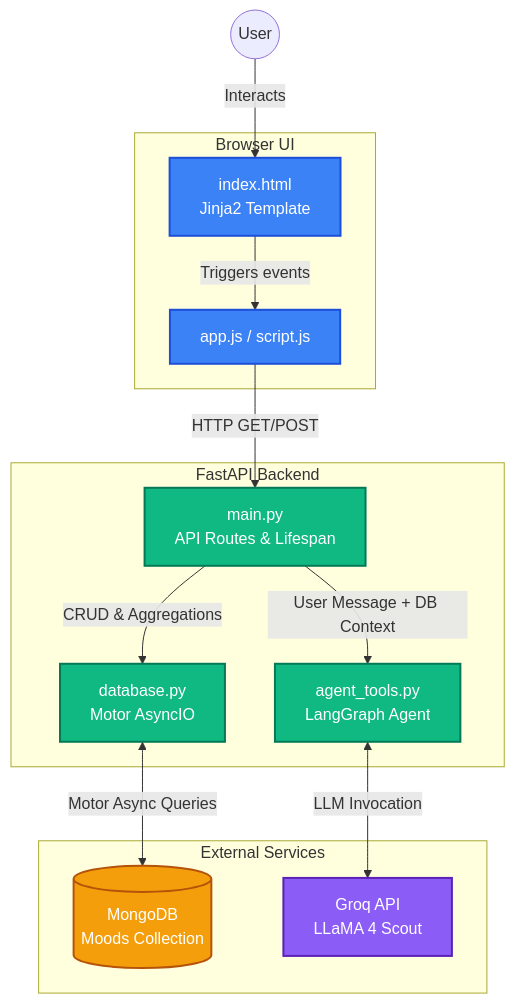
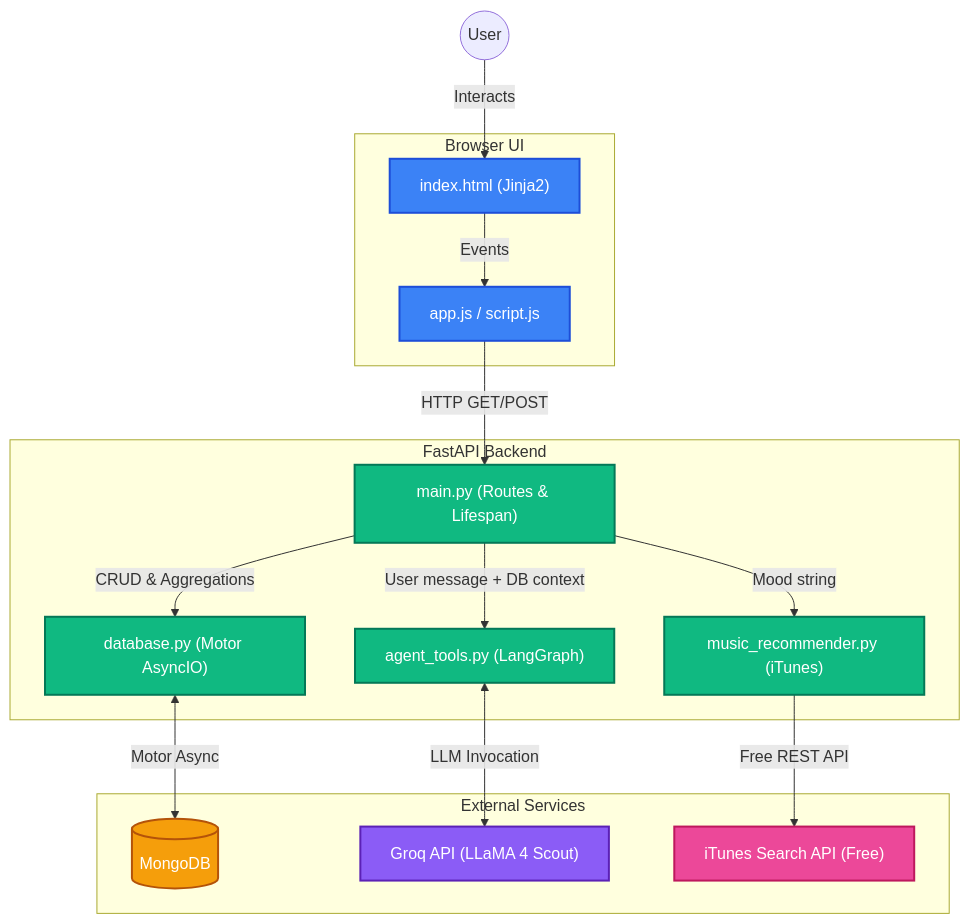
Before and after one commit to codewithkhushiii/mood_journal: the diagram in README.md, drawn with Mermaid. The commit also changed other lines of this file and 5 other files, not shown here.

````diff
--- a/README.md
+++ b/README.md
@@ -82,46 +140,45 @@
 ```mermaid
 graph TD
-    %% Define Styles
-    classDef frontend fill:#3b82f6,stroke:#1d4ed8,stroke-width:2px,color:#fff;
-    classDef backend fill:#10b981,stroke:#047857,stroke-width:2px,color:#fff;
-    classDef database fill:#f59e0b,stroke:#b45309,stroke-width:2px,color:#fff;
-    classDef ai fill:#8b5cf6,stroke:#5b21b6,stroke-width:2px,color:#fff;
+    %% Styles
+    classDef frontend  fill:#3b82f6,stroke:#1d4ed8,stroke-width:2px,color:#fff;
+    classDef backend   fill:#10b981,stroke:#047857,stroke-width:2px,color:#fff;
+    classDef database  fill:#f59e0b,stroke:#b45309,stroke-width:2px,color:#fff;
+    classDef ai        fill:#8b5cf6,stroke:#5b21b6,stroke-width:2px,color:#fff;
+    classDef music     fill:#ec4899,stroke:#be185d,stroke-width:2px,color:#fff;
 
-    %% Nodes
     User((User))
-    
+
     subgraph Frontend [Browser UI]
-        HTML[index.html<br/>Jinja2 Template]
+        HTML["index.html (Jinja2)"]
         JS[app.js / script.js]
     end
 
     subgraph Backend [FastAPI Backend]
-        Main[main.py<br/>API Routes & Lifespan]
-        DB_Layer[database.py<br/>Motor AsyncIO]
-        Agent[agent_tools.py<br/>LangGraph Agent]
+        Main["main.py (Routes & Lifespan)"]
+        DB_Layer["database.py (Motor AsyncIO)"]
+        Agent["agent_tools.py (LangGraph)"]
+        Music["music_recommender.py (iTunes)"]
     end
 
-    subgraph External_Services [External Services]
-        Mongo[(MongoDB<br/>Moods Collection)]
-        Groq[Groq API<br/>LLaMA 4 Scout]
+    subgraph External [External Services]
+        Mongo[(MongoDB)]
+        Groq["Groq API (LLaMA 4 Scout)"]
+        iTunes["iTunes Search API (Free)"]
     end
 
-    %% Connections
     User -->|Interacts| HTML
-    HTML -->|Triggers events| JS
-    
+    HTML -->|Events| JS
     JS -->|HTTP GET/POST| Main
-    
     Main -->|CRUD & Aggregations| DB_Layer
-    Main -->|User Message + DB Context| Agent
-    
-    DB_Layer <-->|Motor Async Queries| Mongo
+    Main -->|User message + DB context| Agent
+    Main -->|Mood string| Music
+    DB_Layer <-->|Motor Async| Mongo
     Agent <-->|LLM Invocation| Groq
-    
-    %% Styling Assignment
+    Music -->|Free REST API| iTunes
+
     class HTML,JS frontend;
-    class Main,DB_Layer,Agent backend;
+    class Main,DB_Layer,Agent,Music backend;
     class Mongo database;
     class Groq ai;
-
+    class iTunes music;
 ```
````
